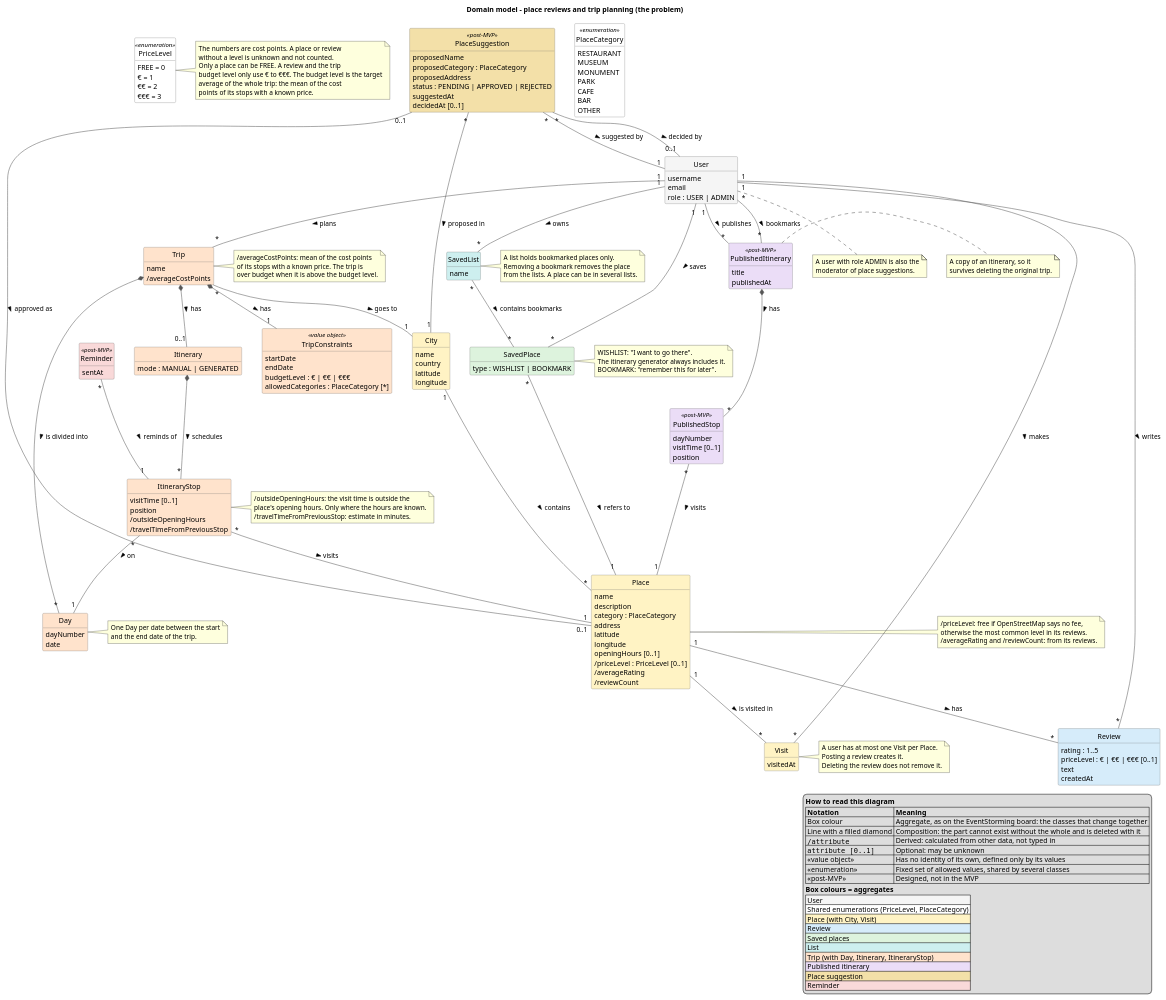
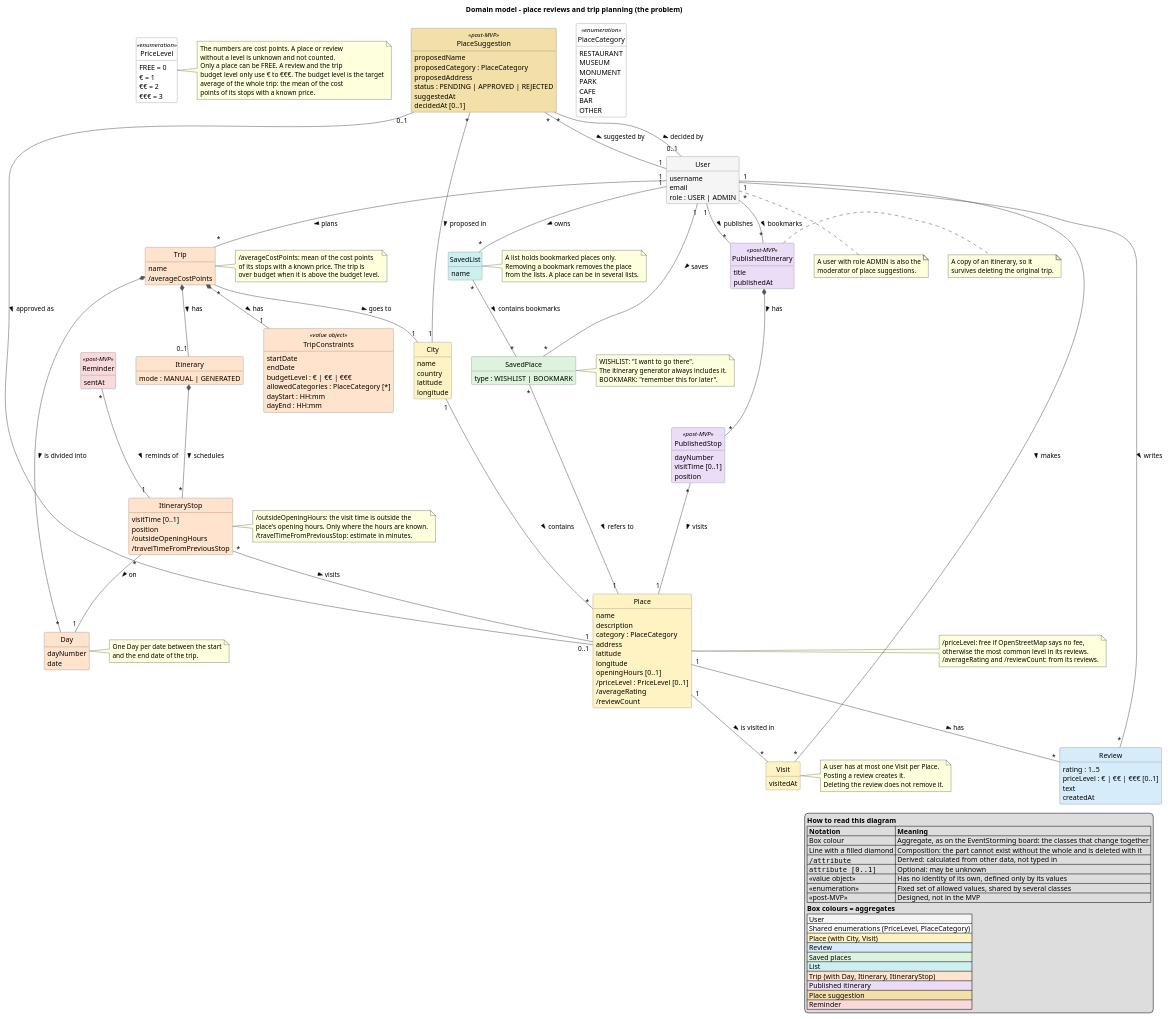
One commit to MESW-LES-2627/les-project-group-7 changed the diagram in docs/design/domain-model.puml. Above: the diagram before and after it, drawn with PlantUML. The commit also changed 9 other files, not shown here.

```diff
--- a/docs/design/domain-model.puml
+++ b/docs/design/domain-model.puml
@@ -150,6 +150,8 @@
   endDate
   budgetLevel : € | €€ | €€€
   allowedCategories : PlaceCategory [*]
+  dayStart : HH:mm
+  dayEnd : HH:mm
 }
 
 class Day #FFE3CC {
```
